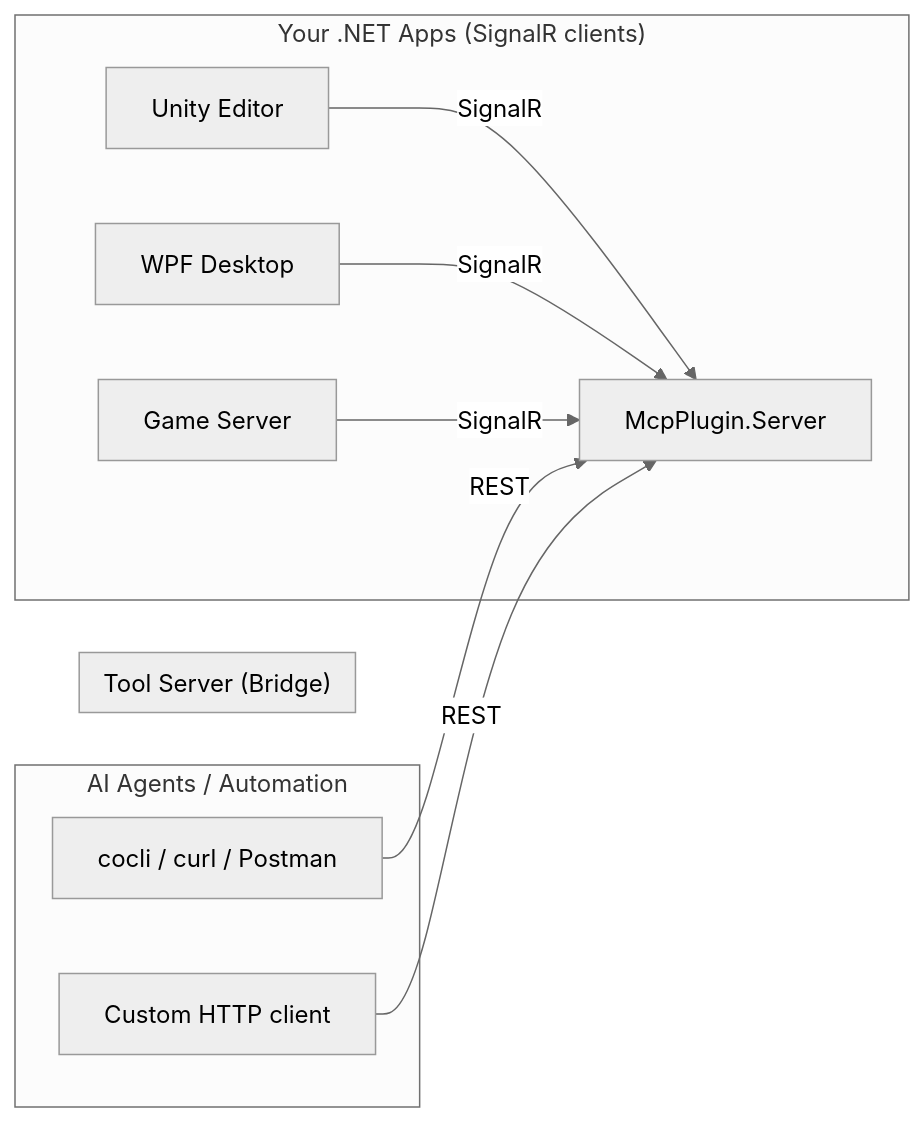
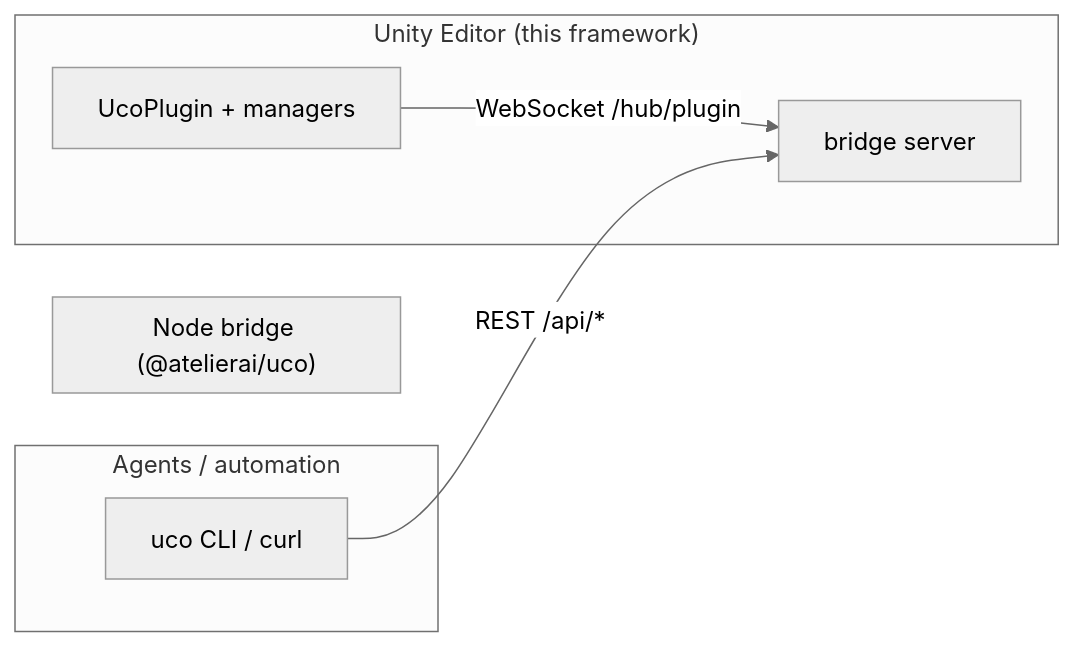
Before and after one commit to DumoeDss/uco-plugin: the diagram in uco-framework/README.md, drawn with Mermaid (neutral theme). The commit also changed other lines of this file and 50 other files, not shown here.

````diff
--- a/uco-framework/README.md
+++ b/uco-framework/README.md
@@ -77,17 +20,12 @@
 ```mermaid
 graph LR
-    subgraph "Your .NET Apps (SignalR clients)"
-        A[Unity Editor] -- SignalR --> S
-        B[WPF Desktop] -- SignalR --> S
-        E[Game Server] -- SignalR --> S
+    subgraph "Unity Editor (this framework)"
+        A[UcoPlugin + managers] -- "WebSocket /hub/plugin" --> S
     end
-
-    subgraph "Tool Server (Bridge)"
-        S[McpPlugin.Server]
+    subgraph "Node bridge (@atelierai/uco)"
+        S[bridge server]
     end
-
-    subgraph "AI Agents / Automation"
-        C[cocli / curl / Postman] -- REST --> S
-        D[Custom HTTP client] -- REST --> S
+    subgraph "Agents / automation"
+        C[uco CLI / curl] -- "REST /api/*" --> S
     end
 ```
````
